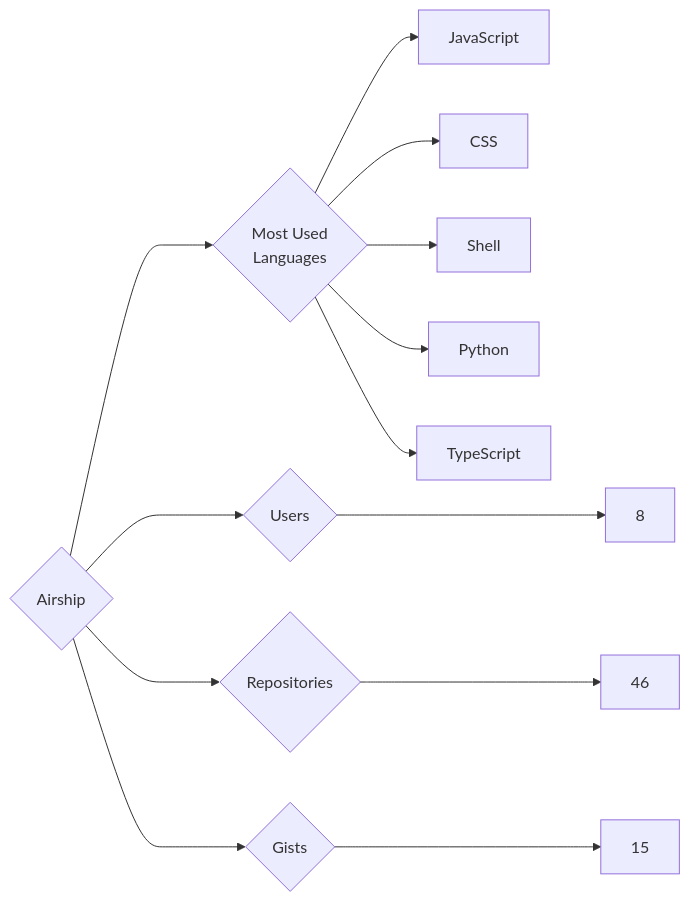
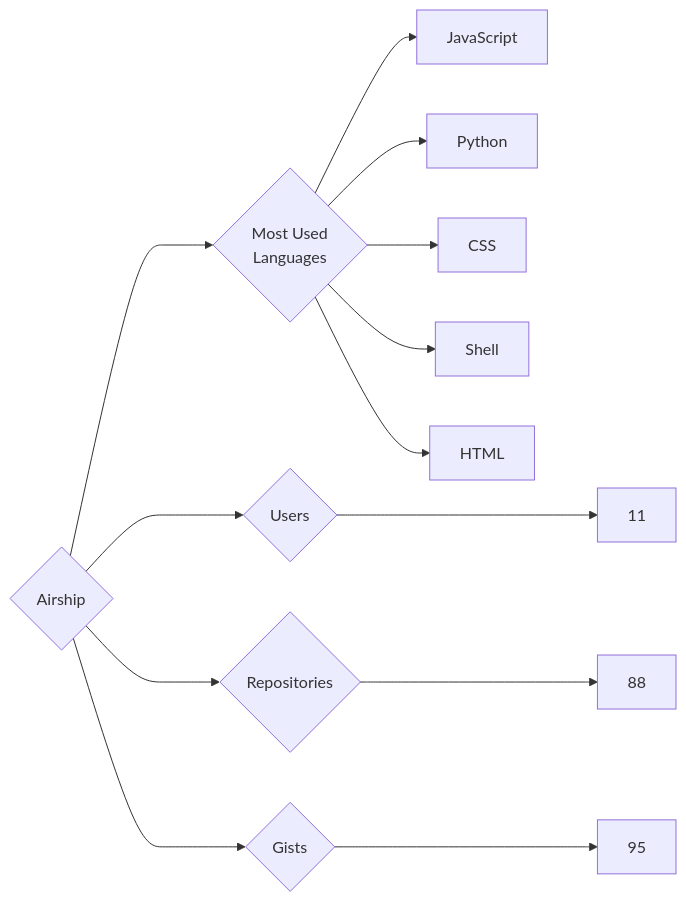
The diagram in targets/Airship/README.md (trickest/insiders), drawn with Mermaid before and after one commit. The commit also changed 988 other files, not shown here.

````diff
--- a/targets/Airship/README.md
+++ b/targets/Airship/README.md
@@ -3,13 +3,13 @@
 ```mermaid
 graph LR
 COMPANY_NAME{Airship}
-COMPANY_NAME ---> U{Users} ---> UN[8]
-COMPANY_NAME ---> R{Repositories} ---> RN[46]
-COMPANY_NAME ---> G{Gists} ---> GN[15]
+COMPANY_NAME ---> U{Users} ---> UN[11]
+COMPANY_NAME ---> R{Repositories} ---> RN[88]
+COMPANY_NAME ---> G{Gists} ---> GN[95]
 COMPANY_NAME ---> ML{Most Used<br>Languages}
 ML --> JavaScript[JavaScript]
+ML --> Python[Python]
 ML --> CSS[CSS]
 ML --> Shell[Shell]
-ML --> Python[Python]
-ML --> TypeScript[TypeScript]
+ML --> HTML[HTML]
 ```
````
